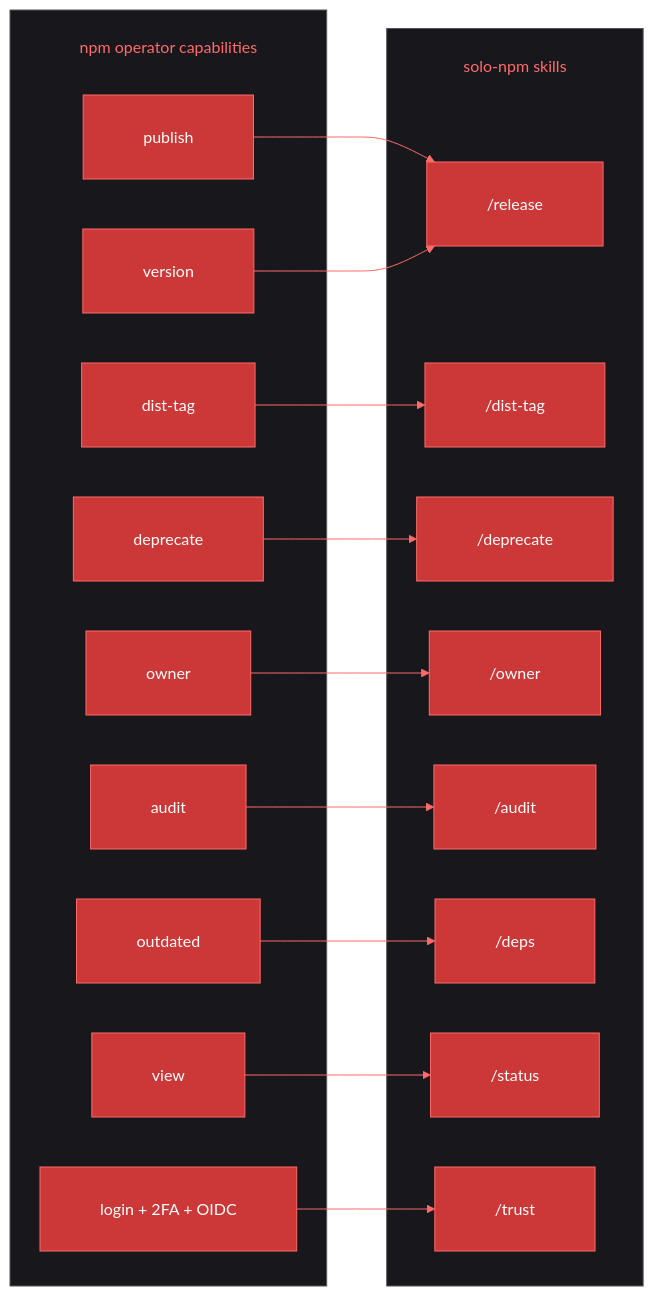
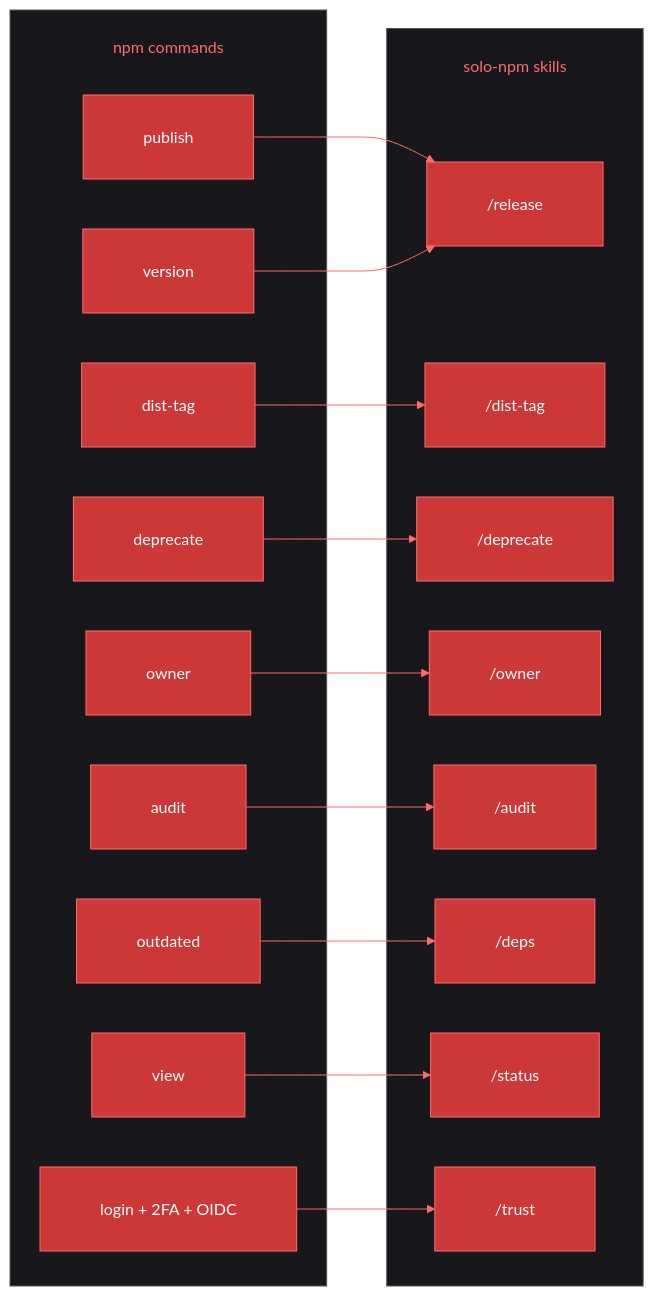
Before and after one commit to gagle/solo-npm: the diagram in resources/diagrams/capability-to-skill.mmd, drawn with Mermaid. The commit also changed 5 other files, not shown here.

```diff
--- a/resources/diagrams/capability-to-skill.mmd
+++ b/resources/diagrams/capability-to-skill.mmd
@@ -1,48 +1,48 @@
 %%{init: {'theme':'base','themeVariables':{
   'primaryColor':'#cb3837',
   'primaryTextColor':'#ffffff',
   'primaryBorderColor':'#ff6b6a',
   'lineColor':'#ff6b6a',
   'secondaryColor':'#a02320',
   'tertiaryColor':'#7d1c1a',
   'background':'#111114',
   'mainBkg':'#cb3837',
   'secondBkg':'#a02320',
   'tertiaryBkg':'#2c2a32',
   'clusterBkg':'#18171c',
   'clusterBorder':'#56555b',
   'titleColor':'#ff6b6a',
   'edgeLabelBackground':'#18171c',
   'fontFamily':'ui-monospace, monospace'
 },'flowchart':{'padding':30,'nodeSpacing':50,'rankSpacing':60,'subGraphTitleMargin':{'top':25,'bottom':25}}}}%%
 flowchart LR
-    subgraph CAPS["npm operator capabilities"]
+    subgraph CAPS["npm commands"]
         publish["publish"]
         version["version"]
         distTagCap["dist-tag"]
         deprecateCap["deprecate"]
         ownerCap["owner"]
         auditCap["audit"]
         outdatedCap["outdated"]
         viewCap["view"]
         loginCap["login + 2FA + OIDC"]
     end
     subgraph SKILLS["solo-npm skills"]
         skRelease["/release"]
         skDistTag["/dist-tag"]
         skDeprecate["/deprecate"]
         skOwner["/owner"]
         skAudit["/audit"]
         skDeps["/deps"]
         skStatus["/status"]
         skTrust["/trust"]
     end
     publish --> skRelease
     version --> skRelease
     distTagCap --> skDistTag
     deprecateCap --> skDeprecate
     ownerCap --> skOwner
     auditCap --> skAudit
     outdatedCap --> skDeps
     viewCap --> skStatus
     loginCap --> skTrust
```
